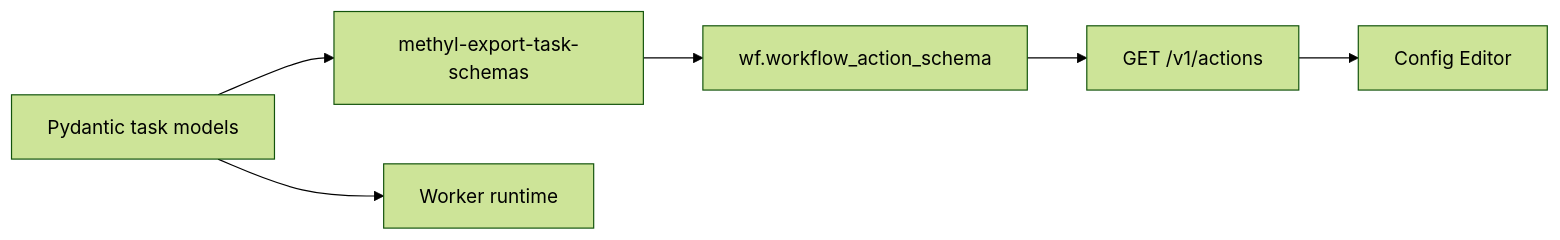
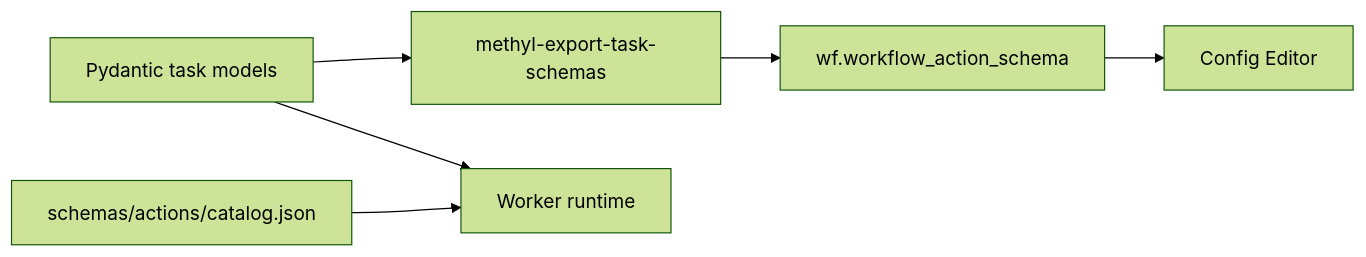
Before and after one commit to Goliath-Research/GoliathWorkflow: the fifth of 15 diagrams in workflow_engine/docs/pipeline_architecture.md, drawn with Mermaid (forest theme). The commit also changed other lines of this file and 34 other files, not shown here.

````diff
--- a/workflow_engine/docs/pipeline_architecture.md
+++ b/workflow_engine/docs/pipeline_architecture.md
@@ -316,11 +316,13 @@
 ```mermaid
 flowchart LR
   PM[Pydantic task models]
   EXP[methyl-export-task-schemas]
   DB[wf.workflow_action_schema]
-  GW[GET /v1/actions]
+  CAT[schemas/actions/catalog.json]
   ED[Config Editor]
   WK[Worker runtime]
-  PM --> EXP --> DB --> GW --> ED
+  PM --> EXP --> DB
+  CAT --> WK
   PM --> WK
+  DB --> ED
 ```
````
